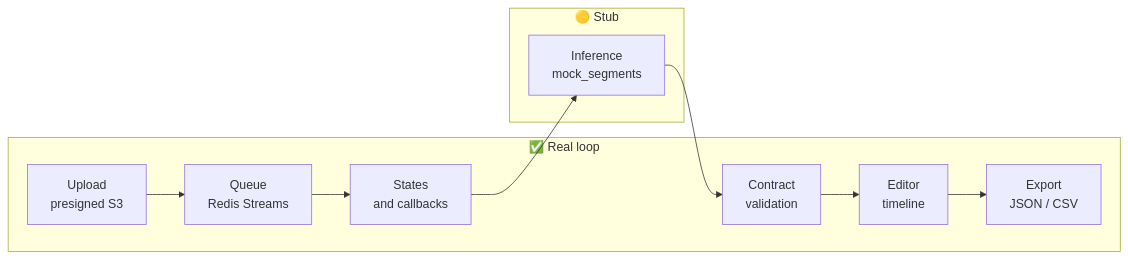
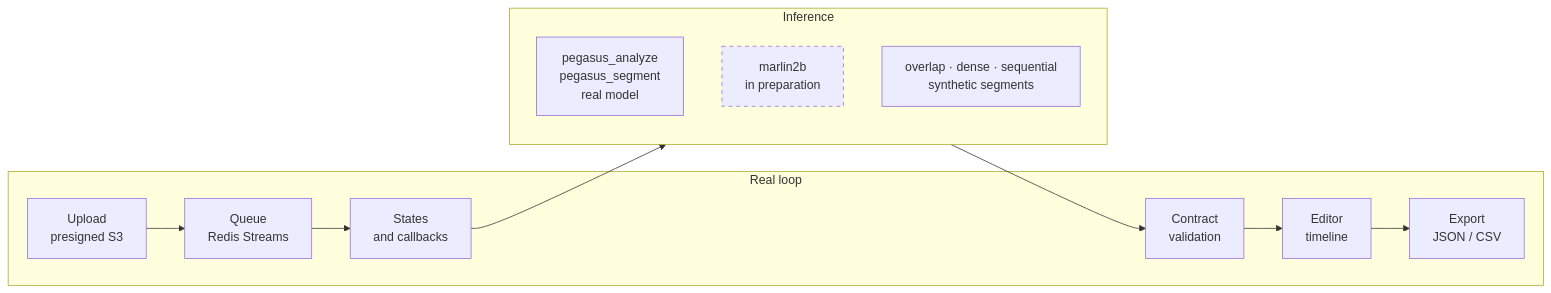
Before and after one commit to sadjava/boundr: the fifth of 6 diagrams in docs/diagrams.md, drawn with Mermaid. The commit also changed other lines of this file and 3 other files, not shown here.

````diff
--- a/docs/diagrams.md
+++ b/docs/diagrams.md
@@ -110,13 +135,17 @@
 ```mermaid
 flowchart LR
-    subgraph GREEN["✅ Real loop"]
+    subgraph GREEN["Real loop"]
         A["Upload<br/>presigned S3"] --> B["Queue<br/>Redis Streams"]
         B --> C["States<br/>and callbacks"]
         E["Contract<br/>validation"] --> F["Editor<br/>timeline"]
         F --> G["Export<br/>JSON / CSV"]
     end
-    subgraph YELLOW["🟡 Stub"]
-        D["Inference<br/>mock_segments"]
+    subgraph INF["Inference"]
+        D1["pegasus_analyze<br/>pegasus_segment<br/>real model"]
+        D2["marlin2b<br/>in preparation"]
+        D3["overlap · dense · sequential<br/>synthetic segments"]
     end
-    C --> D --> E
+    C --> INF --> E
+
+    style D2 stroke-dasharray: 5 5
 ```
````
